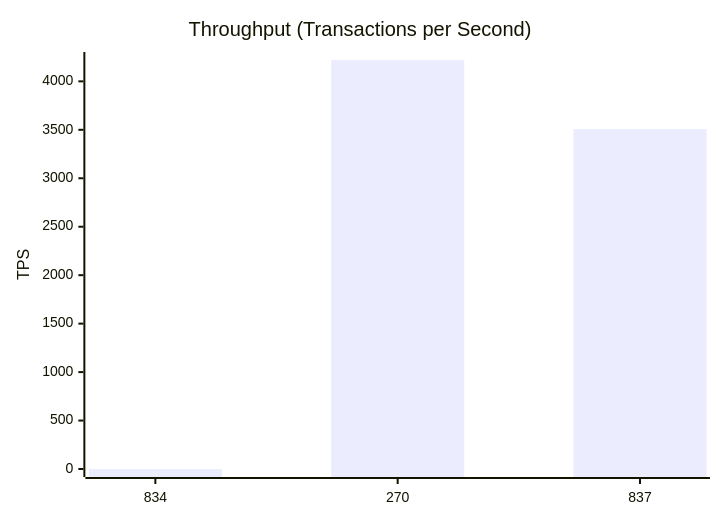
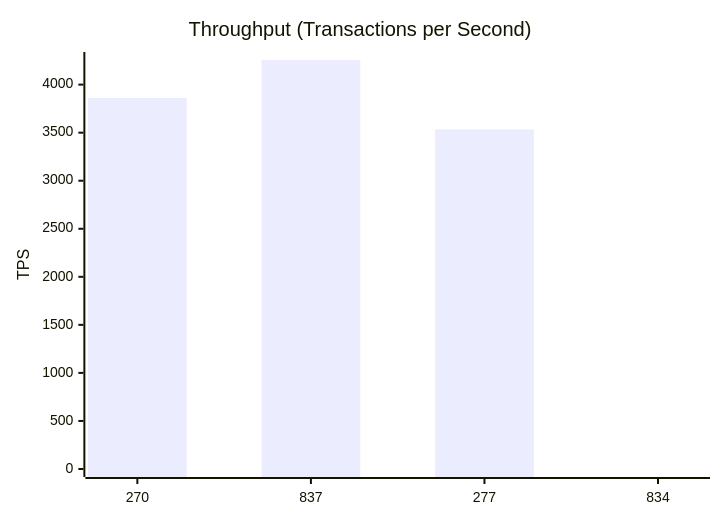
The second of 10 diagrams in test-tools/DataGen/src/Statistics_Visualizer.md (dhagan-va/intern-2025), drawn with Mermaid before and after one commit. The commit also changed other lines of this file, not shown here.

````diff
--- a/test-tools/DataGen/src/Statistics_Visualizer.md
+++ b/test-tools/DataGen/src/Statistics_Visualizer.md
@@ -28,7 +29,7 @@
 ```mermaid
 xychart-beta
     title "Throughput (Transactions per Second)"
-    x-axis ["834", "270", "837"]
-    y-axis "TPS" 0 --> 4220.409282700422
-    bar [0.0, 4219.409282700422, 3508.7719298245615]
+    x-axis ["270", "837", "277", "834"]
+    y-axis "TPS" 0 --> 4256.337256754284
+    bar [3861.0187684122334, 4255.337256754284, 3533.5938769885297]
 ```
````
